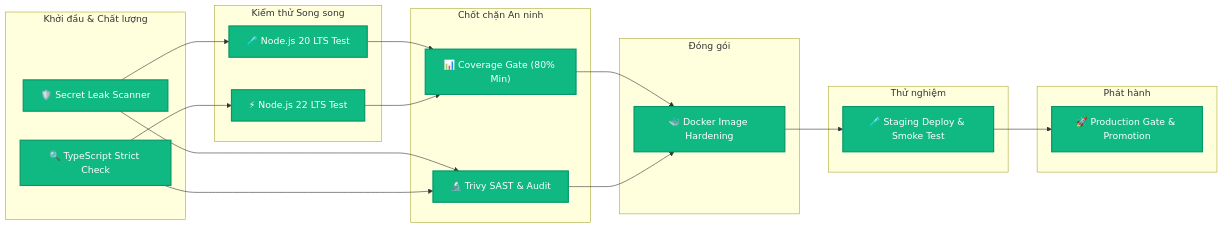
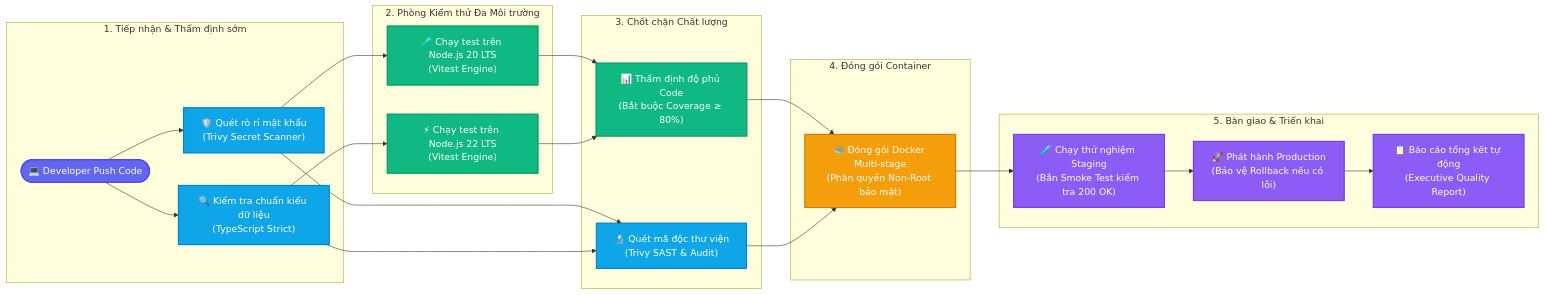
One commit to Ma1910/test-cicd changed the diagram in README.md. Above: the diagram before and after it, drawn with Mermaid. The commit also changed other lines of this file, not shown here.

Commit message:
docs: make README intuitive, beginner-friendly with beautifully styled Mermaid flowchart

````diff
--- a/README.md
+++ b/README.md
@@ -39,46 +55,54 @@
 ```mermaid
-graph LR
-    subgraph Col1 ["Khởi đầu & Chất lượng"]
-        SecScan["🛡️ Secret Leak Scanner"]
-        TypeCheck["🔍 TypeScript Strict Check"]
+flowchart LR
+    %% Thiết lập giao diện màu sắc hiện đại
+    classDef startNode fill:#6366f1,stroke:#4f46e5,stroke-width:2px,color:#fff;
+    classDef checkNode fill:#0ea5e9,stroke:#0284c7,stroke-width:2px,color:#fff;
+    classDef testNode fill:#10b981,stroke:#059669,stroke-width:2px,color:#fff;
+    classDef packNode fill:#f59e0b,stroke:#d97706,stroke-width:2px,color:#fff;
+    classDef deployNode fill:#8b5cf6,stroke:#7c3aed,stroke-width:2px,color:#fff;
+
+    subgraph Phase1 ["1. Tiếp nhận & Thẩm định sớm"]
+        Push(["💻 Developer Push Code"]):::startNode
+        Sec["🛡️ Quét rò rỉ mật khẩu<br/>(Trivy Secret Scanner)"]:::checkNode
+        Type["🔍 Kiểm tra chuẩn kiểu dữ liệu<br/>(TypeScript Strict)"]:::checkNode
     end
 
-    subgraph Col2 ["Kiểm thử Song song"]
-        Node20["🧪 Node.js 20 LTS Test"]
-        Node22["⚡ Node.js 22 LTS Test"]
+    subgraph Phase2 ["2. Phòng Kiểm thử Đa Môi trường"]
+        Node20["🧪 Chạy test trên Node.js 20 LTS<br/>(Vitest Engine)"]:::testNode
+        Node22["⚡ Chạy test trên Node.js 22 LTS<br/>(Vitest Engine)"]:::testNode
     end
 
-    subgraph Col3 ["Chốt chặn An ninh"]
-        CovGate["📊 Coverage Gate (80% Min)"]
-        SAST["🔬 Trivy SAST & Audit"]
+    subgraph Phase3 ["3. Chốt chặn Chất lượng"]
+        Gate["📊 Thẩm định độ phủ Code<br/>(Bắt buộc Coverage ≥ 80%)"]:::testNode
+        SAST["🔬 Quét mã độc thư viện<br/>(Trivy SAST & Audit)"]:::checkNode
     end
 
-    subgraph Col4 ["Đóng gói"]
-        Docker["🐳 Docker Image Hardening"]
+    subgraph Phase4 ["4. Đóng gói Container"]
+        Docker["🐳 Đóng gói Docker Multi-stage<br/>(Phân quyền Non-Root bảo mật)"]:::packNode
     end
 
-    subgraph Col5 ["Thử nghiệm"]
-        Staging["🧪 Staging Deploy & Smoke Test"]
+    subgraph Phase5 ["5. Bàn giao & Triển khai"]
+        Staging["🧪 Chạy thử nghiệm Staging<br/>(Bắn Smoke Test kiểm tra 200 OK)"]:::deployNode
+        Prod["🚀 Phát hành Production<br/>(Bảo vệ Rollback nếu có lỗi)"]:::deployNode
+        Report["📋 Báo cáo tổng kết tự động<br/>(Executive Quality Report)"]:::deployNode
     end
 
-    subgraph Col6 ["Phát hành"]
-        Prod["🚀 Production Gate & Promotion"]
-    end
+    %% Các đường kết nối luồng công việc
+    Push --> Sec
+    Push --> Type
 
-    SecScan --> Node20
-    TypeCheck --> Node22
-    SecScan --> SAST
-    TypeCheck --> SAST
+    Sec --> Node20
+    Type --> Node22
+    Sec --> SAST
+    Type --> SAST
 
-    Node20 --> CovGate
-    Node22 --> CovGate
+    Node20 --> Gate
+    Node22 --> Gate
 
-    CovGate --> Docker
+    Gate --> Docker
     SAST --> Docker
 
     Docker --> Staging
     Staging --> Prod
-
-    classDef success fill:#10b981,stroke:#059669,stroke-width:2px,color:#fff;
-    class SecScan,TypeCheck,Node20,Node22,CovGate,SAST,Docker,Staging,Prod success;
+    Prod --> Report
 ```
````
